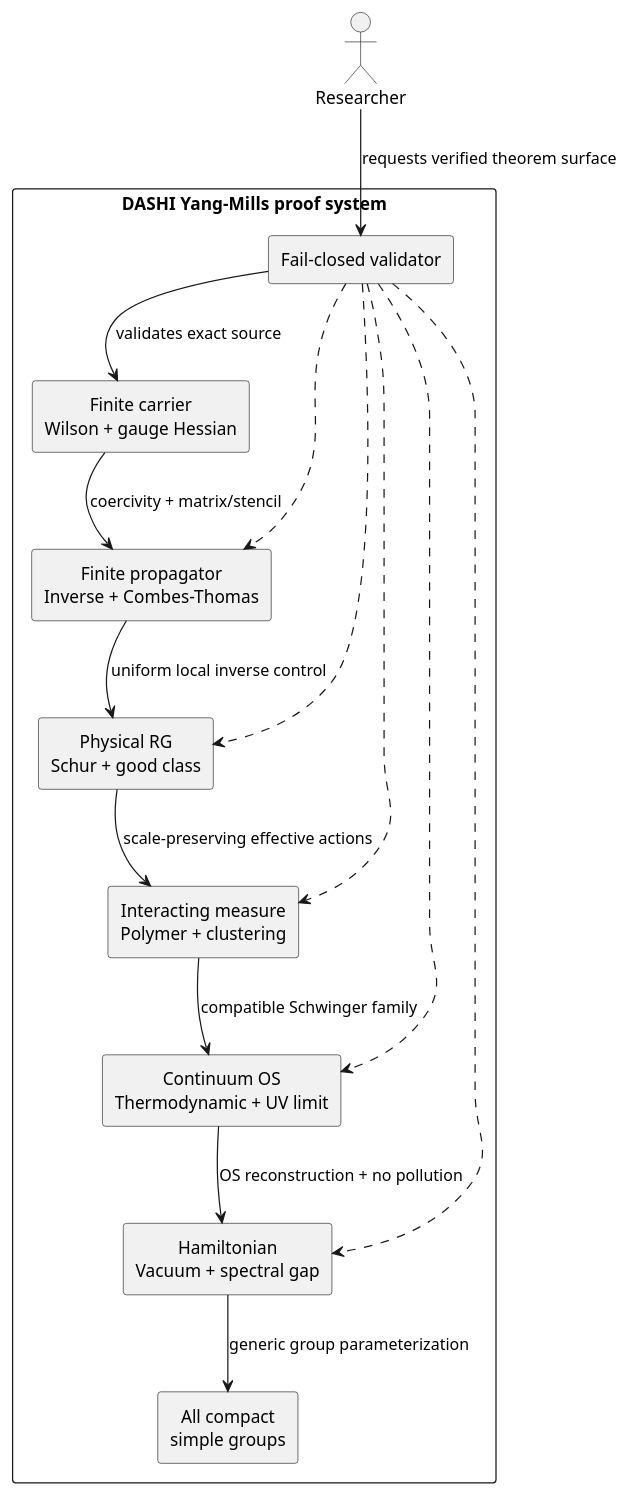
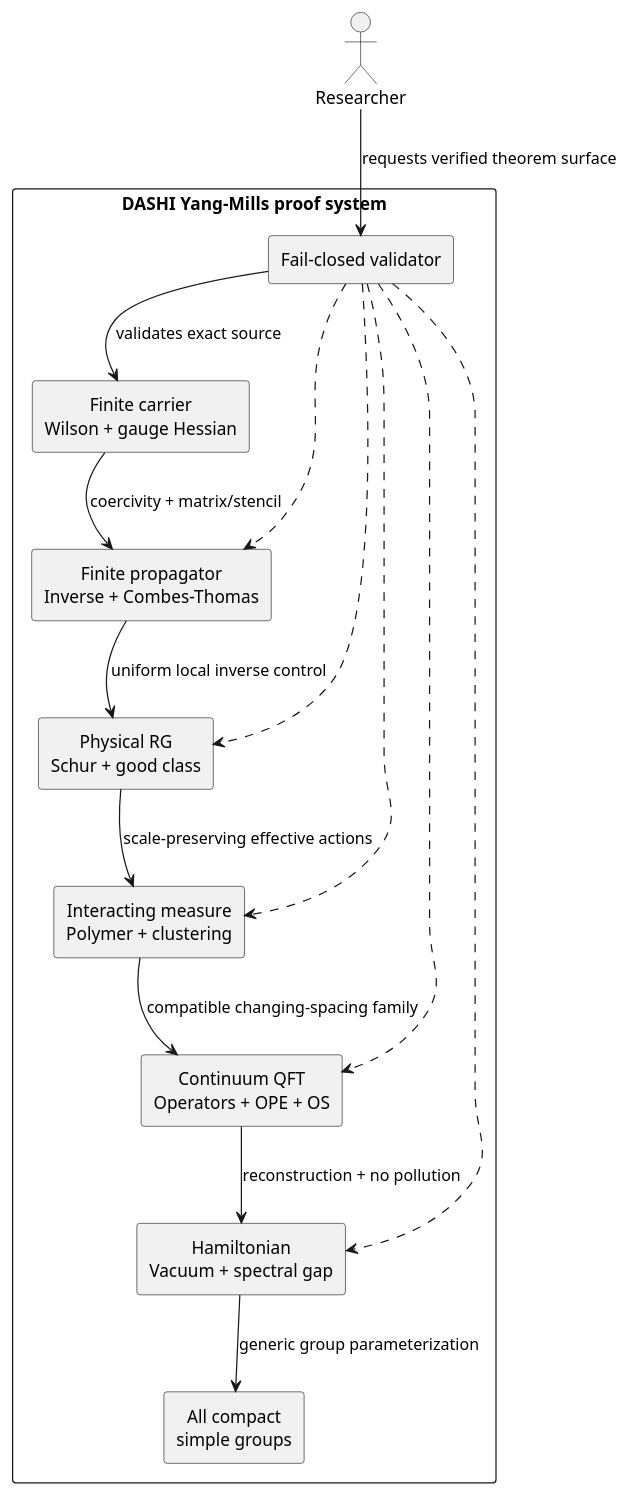
One commit to chboishabba/dashi_agda changed the diagram in Docs/support/reference/YangMillsClayContractRound32.md. Above: the diagram before and after it, drawn with PlantUML. The commit also changed other lines of this file, not shown here.

Commit message:
complete literal Clay operator and OPE requirements

````diff
--- a/Docs/support/reference/YangMillsClayContractRound32.md
+++ b/Docs/support/reference/YangMillsClayContractRound32.md
@@ -146,33 +153,33 @@
 ```plantuml
 @startuml
 skinparam componentStyle rectangle
 skinparam shadowing false
 skinparam defaultTextAlignment center
 
 actor Researcher
 rectangle "DASHI Yang–Mills proof system" {
   component "Finite carrier\nWilson + gauge Hessian" as Finite
   component "Finite propagator\nInverse + Combes–Thomas" as Prop
   component "Physical RG\nSchur + good class" as RG
   component "Interacting measure\nPolymer + clustering" as Measure
-  component "Continuum OS\nThermodynamic + UV limit" as OS
+  component "Continuum QFT\nOperators + OPE + OS" as OS
   component "Hamiltonian\nVacuum + spectral gap" as Ham
   component "All compact\nsimple groups" as Groups
   component "Fail-closed validator" as Check
 }
 
 Researcher --> Check : requests verified theorem surface
 Check --> Finite : validates exact source
 Finite --> Prop : coercivity + matrix/stencil
 Prop --> RG : uniform local inverse control
 RG --> Measure : scale-preserving effective actions
-Measure --> OS : compatible Schwinger family
-OS --> Ham : OS reconstruction + no pollution
+Measure --> OS : compatible changing-spacing family
+OS --> Ham : reconstruction + no pollution
 Ham --> Groups : generic group parameterization
 Check ..> Prop
 Check ..> RG
 Check ..> Measure
 Check ..> OS
 Check ..> Ham
 @enduml
 ```
````
